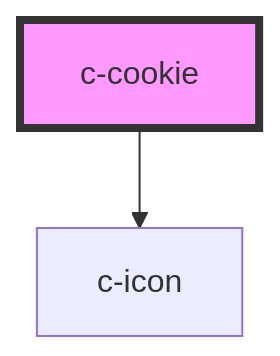
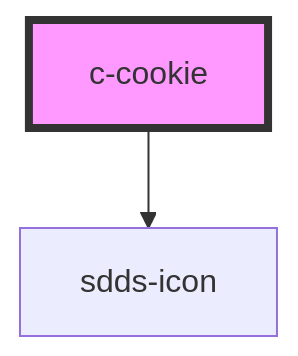
Before and after one commit to scania-digital-design-system/sdds: the diagram in components/src/patterns/cookie/readme.md, drawn with Mermaid. The commit also changed other lines of this file and 14 other files, not shown here.

First line of the commit message:
Replace c-icon with sdds-icon

````diff
--- a/components/src/patterns/cookie/readme.md
+++ b/components/src/patterns/cookie/readme.md
@@ -33,5 +33,5 @@
 ```mermaid
 graph TD;
-  c-cookie --> c-icon
+  c-cookie --> sdds-icon
   style c-cookie fill:#f9f,stroke:#333,stroke-width:4px
 ```
````
